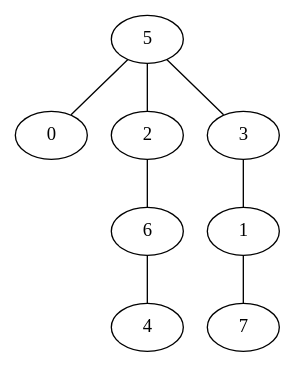
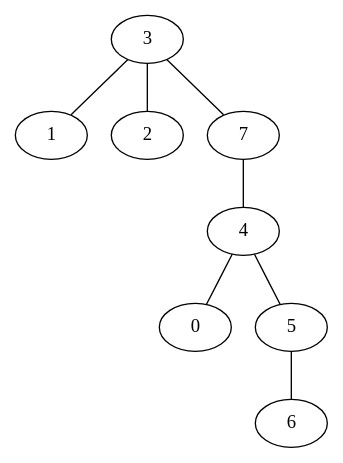
One commit to VillegasGG/greedy-firefighter-problem changed the diagram in experiments/pygrapghviz.dot. Above: the diagram before and after it, drawn with Graphviz. The commit also changed 2 other files, not shown here.

```diff
--- a/experiments/pygrapghviz.dot
+++ b/experiments/pygrapghviz.dot
@@ -1,9 +1,9 @@
 strict graph "" {
-	5 -- 0;
-	5 -- 2;
-	5 -- 3;
-	2 -- 6;
 	3 -- 1;
-	1 -- 7;
-	6 -- 4;
+	3 -- 2;
+	3 -- 7;
+	7 -- 4;
+	4 -- 0;
+	4 -- 5;
+	5 -- 6;
 }
```
